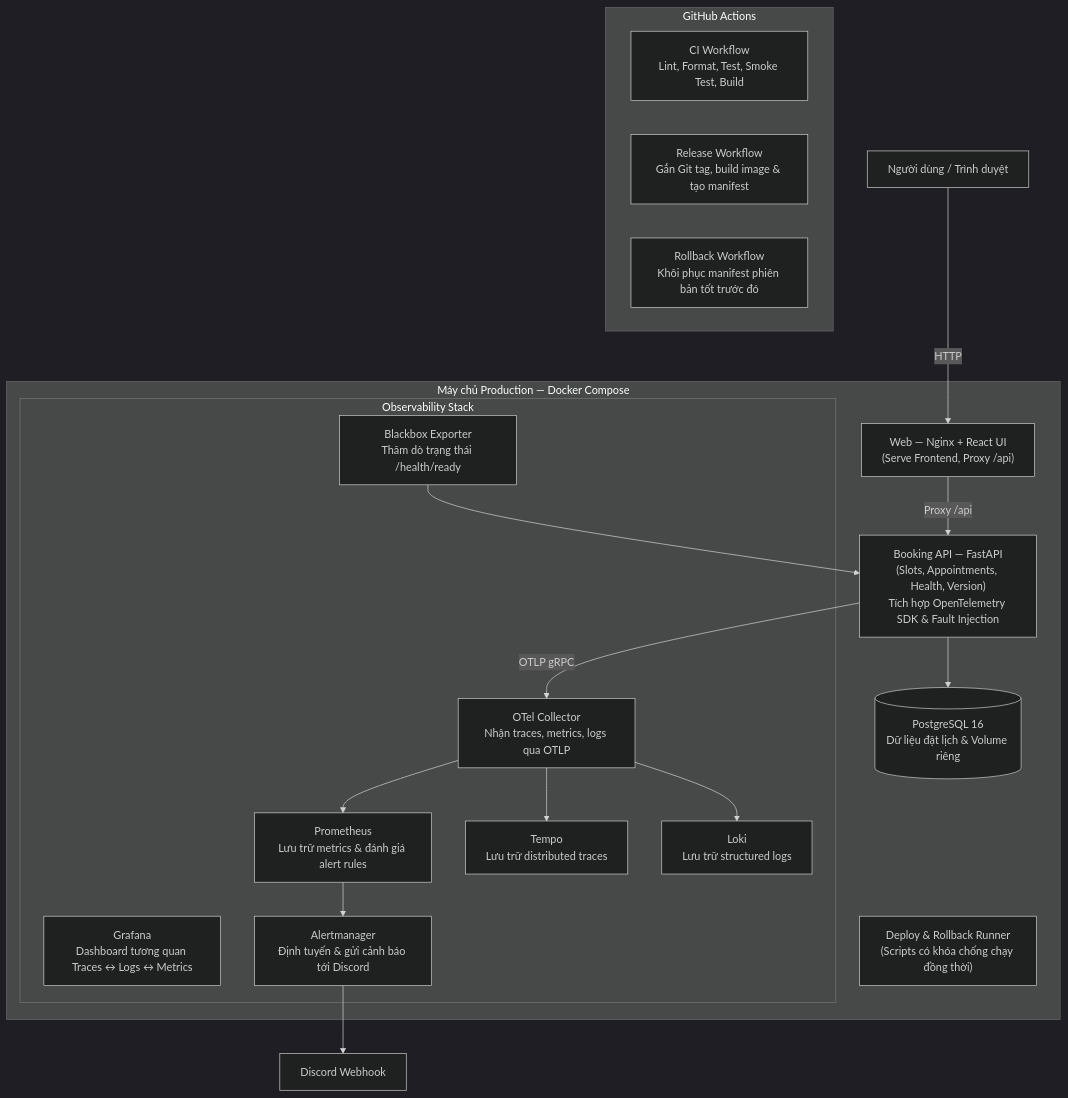
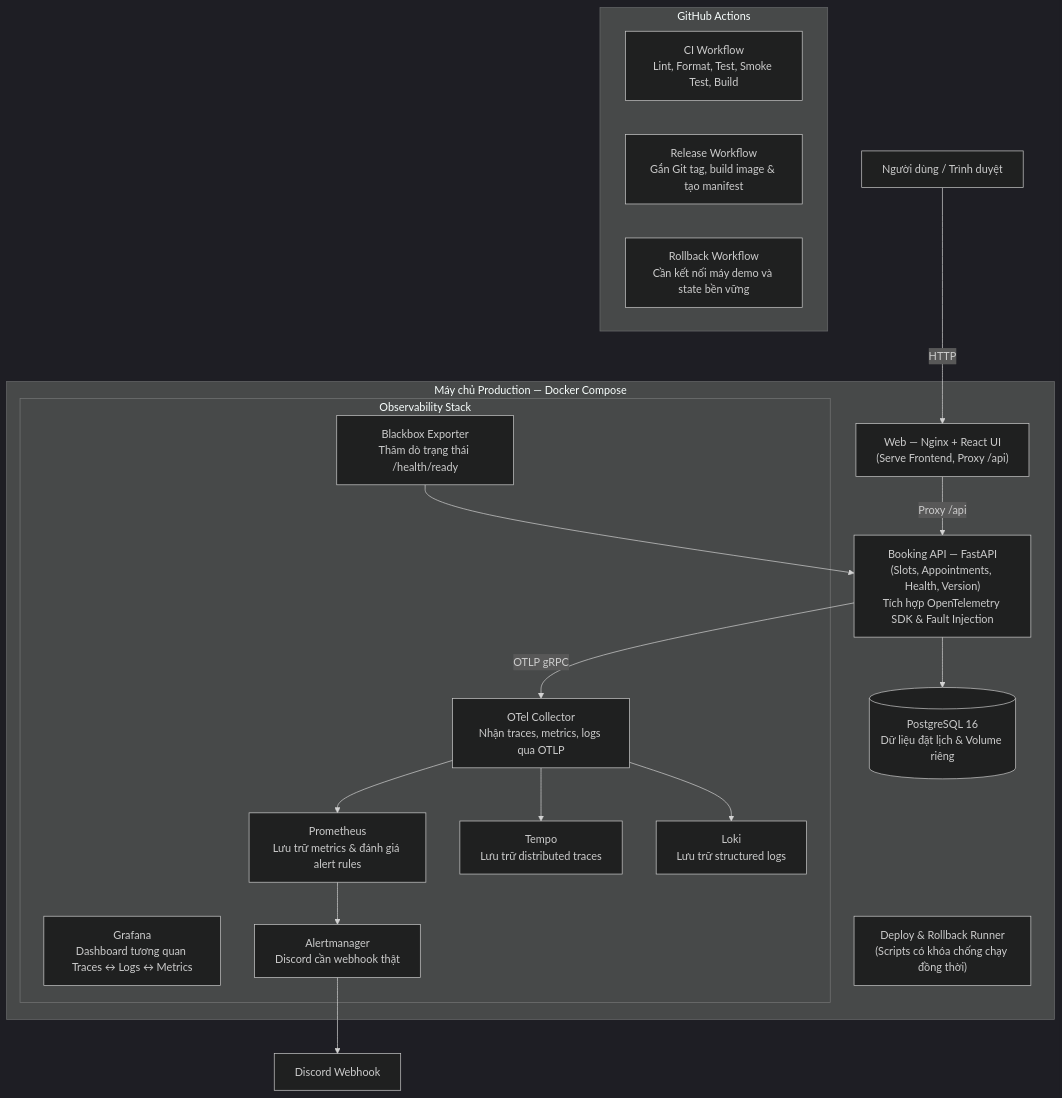
The diagram in README.md (CuongMotNang/SE2026-T29), drawn with Mermaid (dark theme) before and after one commit. The commit also changed other lines of this file and 13 other files, not shown here.

Commit message:
docs(TASK-001): finalize architecture and backend handoff

````diff
--- a/README.md
+++ b/README.md
@@ -11,39 +17,39 @@
 ```mermaid
 flowchart TB
     User["Người dùng / Trình duyệt"]
 
     subgraph Host["Máy chủ Production — Docker Compose"]
         Web["Web — Nginx + React UI<br/>(Serve Frontend, Proxy /api)"]
         API["Booking API — FastAPI<br/>(Slots, Appointments, Health, Version)<br/>Tích hợp OpenTelemetry SDK & Fault Injection"]
         DB[("PostgreSQL 16<br/>Dữ liệu đặt lịch & Volume riêng")]
 
         subgraph Obs["Observability Stack"]
             Collector["OTel Collector<br/>Nhận traces, metrics, logs qua OTLP"]
             Prom["Prometheus<br/>Lưu trữ metrics & đánh giá alert rules"]
             Tempo["Tempo<br/>Lưu trữ distributed traces"]
             Loki["Loki<br/>Lưu trữ structured logs"]
             Blackbox["Blackbox Exporter<br/>Thăm dò trạng thái /health/ready"]
             Grafana["Grafana<br/>Dashboard tương quan Traces ↔ Logs ↔ Metrics"]
-            AM["Alertmanager<br/>Định tuyến & gửi cảnh báo tới Discord"]
+            AM["Alertmanager<br/>Discord cần webhook thật"]
         end
 
         Runner["Deploy & Rollback Runner<br/>(Scripts có khóa chống chạy đồng thời)"]
     end
 
     subgraph CICD["GitHub Actions"]
         CI["CI Workflow<br/>Lint, Format, Test, Smoke Test, Build"]
         Release["Release Workflow<br/>Gắn Git tag, build image & tạo manifest"]
-        Rollback["Rollback Workflow<br/>Khôi phục manifest phiên bản tốt trước đó"]
+        Rollback["Rollback Workflow<br/>Cần kết nối máy demo và state bền vững"]
     end
 
     User -->|HTTP| Web
     Web -->|Proxy /api| API
     API --> DB
     API -->|OTLP gRPC| Collector
     Collector --> Prom
     Collector --> Tempo
     Collector --> Loki
     Blackbox --> API
     Prom --> AM
     AM --> Discord["Discord Webhook"]
 ```
````
